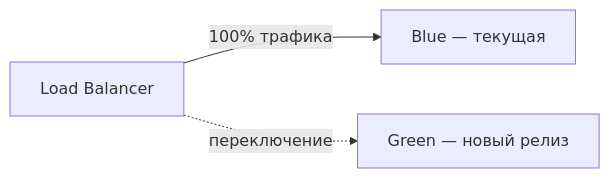
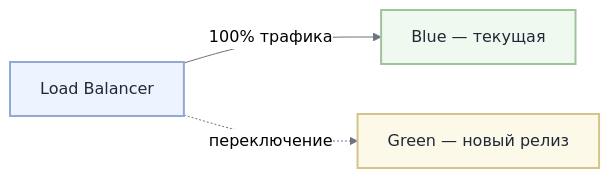
The fourth of 7 diagrams in docs/interview/cicd.md (MishaSytch/middle_java_back), drawn with Mermaid before and after one commit. The commit also changed other lines of this file and 15 other files, not shown here.

````diff
--- a/docs/interview/cicd.md
+++ b/docs/interview/cicd.md
@@ -633,8 +668,15 @@
 ```mermaid
+%%{init: { 'theme': 'neutral', 'themeVariables': { 'primaryColor': '#ffffff', 'primaryTextColor': '#1f2937', 'lineColor': '#6b7280', 'primaryBorderColor': '#d1d5db', 'secondaryColor': '#f3f4f6', 'tertiaryColor': '#e5e7eb' } } }%%
 flowchart LR
     LB[Load Balancer]
     Blue[Blue — текущая]
     Green[Green — новый релиз]
     LB -->|"100% трафика"| Blue
     LB -.->|переключение| Green
+    classDef n0 fill:#eef4ff,stroke:#93a8d4,stroke-width:2px,color:#1f2937
+    classDef n1 fill:#f0f9ef,stroke:#9dc49a,stroke-width:2px,color:#1f2937
+    classDef n2 fill:#fdf9e8,stroke:#d4c38a,stroke-width:2px,color:#1f2937
+    class LB n0
+    class Blue n1
+    class Green n2
 ```
````
